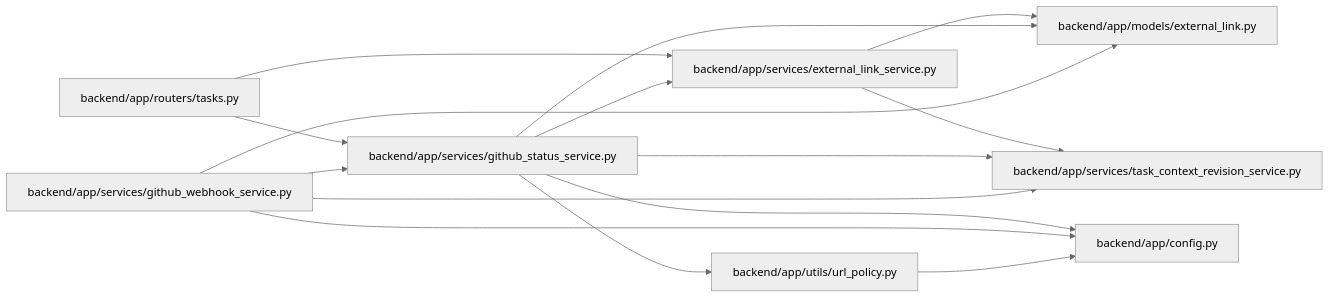
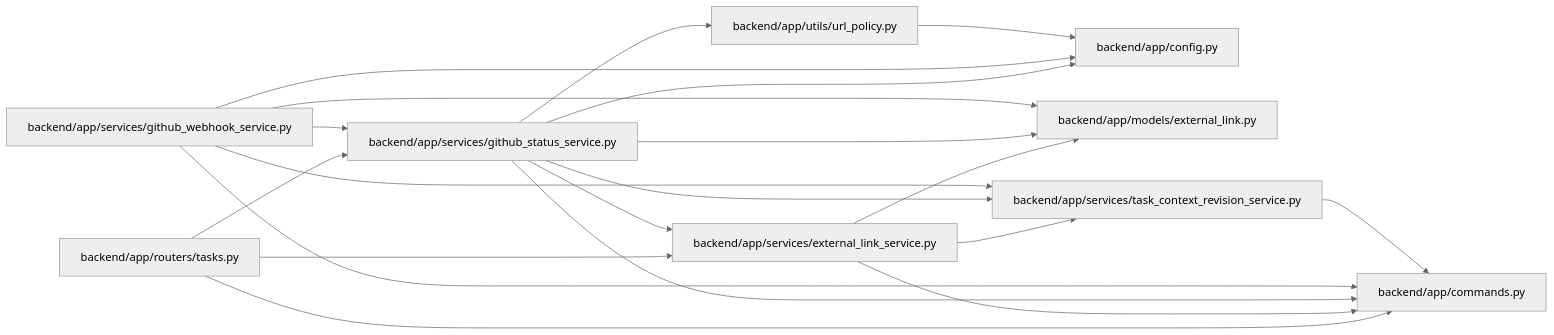
Before and after one commit to Denissvgn/WorkChord: the diagram in docs/llm_wiki/modules/github_status_service.md, drawn with Mermaid (neutral theme). The commit also changed other lines of this file and 958 other files, not shown here.

First line of the commit message:
docs(wiki): refresh identity and recovery architecture

````diff
--- a/docs/llm_wiki/modules/github_status_service.md
+++ b/docs/llm_wiki/modules/github_status_service.md
@@ -27,33 +28,40 @@
 ```mermaid
 flowchart LR
-    n0["backend/app/config.py"]
-    n1["backend/app/models/external_link.py"]
-    n2["backend/app/routers/tasks.py"]
-    n3["backend/app/services/external_link_service.py"]
-    n4["backend/app/services/github_status_service.py"]
-    n5["backend/app/services/github_webhook_service.py"]
-    n6["backend/app/services/task_context_revision_service.py"]
-    n7["backend/app/utils/url_policy.py"]
-    n2 --> n3
-    n2 --> n4
-    n3 --> n1
-    n3 --> n6
+    n0["backend/app/commands.py"]
+    n1["backend/app/config.py"]
+    n2["backend/app/models/external_link.py"]
+    n3["backend/app/routers/tasks.py"]
+    n4["backend/app/services/external_link_service.py"]
+    n5["backend/app/services/github_status_service.py"]
+    n6["backend/app/services/github_webhook_service.py"]
+    n7["backend/app/services/task_context_revision_service.py"]
+    n8["backend/app/utils/url_policy.py"]
+    n3 --> n0
+    n3 --> n4
+    n3 --> n5
     n4 --> n0
-    n4 --> n1
-    n4 --> n3
-    n4 --> n6
+    n4 --> n2
     n4 --> n7
     n5 --> n0
     n5 --> n1
+    n5 --> n2
     n5 --> n4
-    n5 --> n6
+    n5 --> n7
+    n5 --> n8
+    n6 --> n0
+    n6 --> n1
+    n6 --> n2
+    n6 --> n5
+    n6 --> n7
     n7 --> n0
-    click n0 "../modules/config.md"
-    click n1 "../modules/models_external_link.md"
-    click n2 "../modules/tasks.md"
-    click n3 "../modules/external_link_service.md"
-    click n4 "../modules/github_status_service.md"
-    click n5 "../modules/github_webhook_service.md"
-    click n6 "../modules/task_context_revision_service.md"
-    click n7 "../modules/url_policy.md"
+    n8 --> n1
+    click n0 "../modules/commands.md"
+    click n1 "../modules/config.md"
+    click n2 "../modules/models_external_link.md"
+    click n3 "../modules/tasks.md"
+    click n4 "../modules/external_link_service.md"
+    click n5 "../modules/github_status_service.md"
+    click n6 "../modules/github_webhook_service.md"
+    click n7 "../modules/task_context_revision_service.md"
+    click n8 "../modules/url_policy.md"
 ```
````
